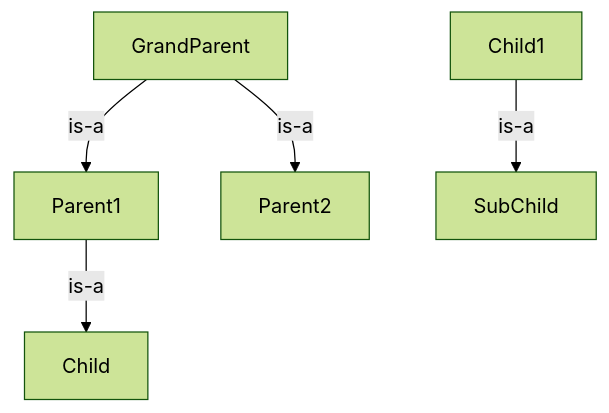
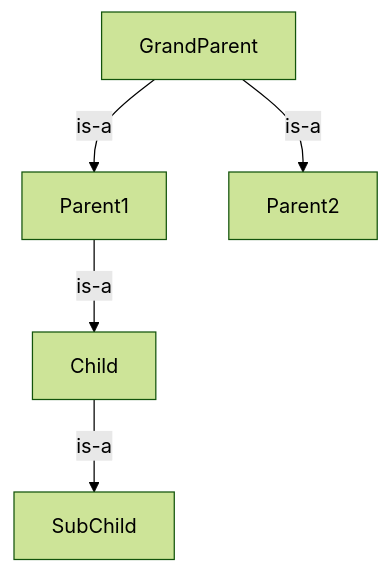
Before and after one commit to chanduujjina/JSE_Practice_2025_B1: the fifth of 5 diagrams in TypesOfInheritance.md, drawn with Mermaid (forest theme).

````diff
--- a/TypesOfInheritance.md
+++ b/TypesOfInheritance.md
@@ -38,8 +38,8 @@
 ```mermaid
 graph TD;
     GrandParent-->|is-a|Parent1;
     GrandParent-->|is-a|Parent2;
     Parent1-->|is-a|Child
-    Child1-->|is-a|SubChild
+    Child-->|is-a|SubChild
     
 ```
````
